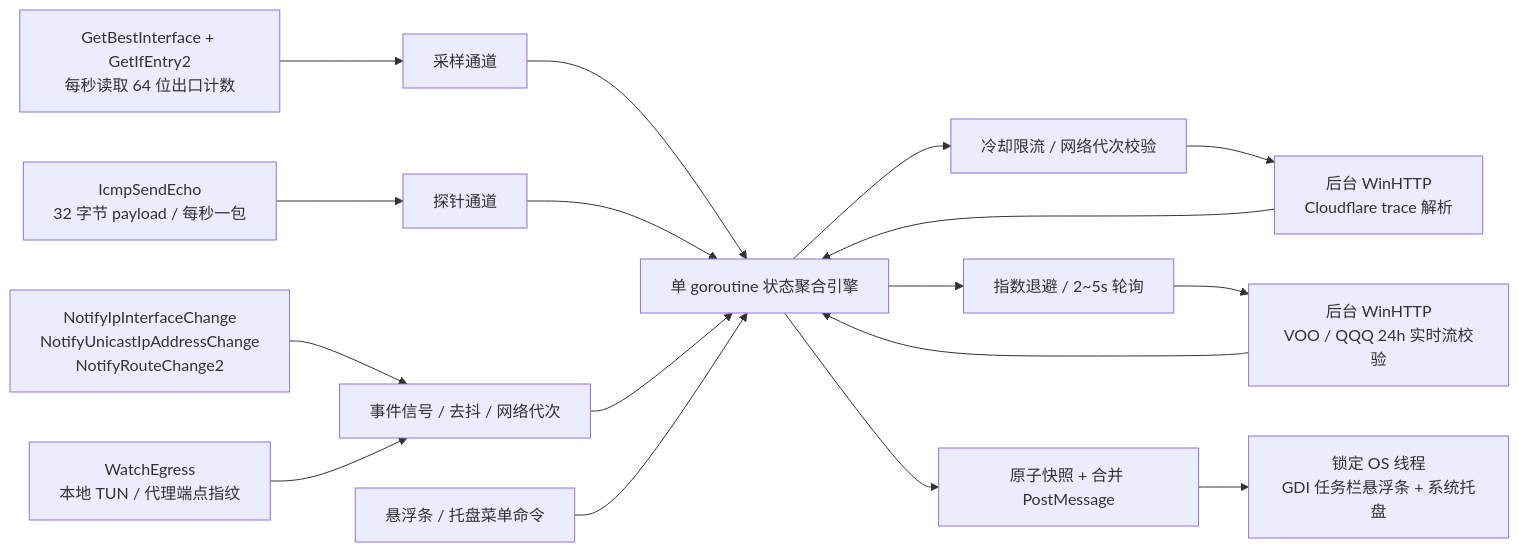
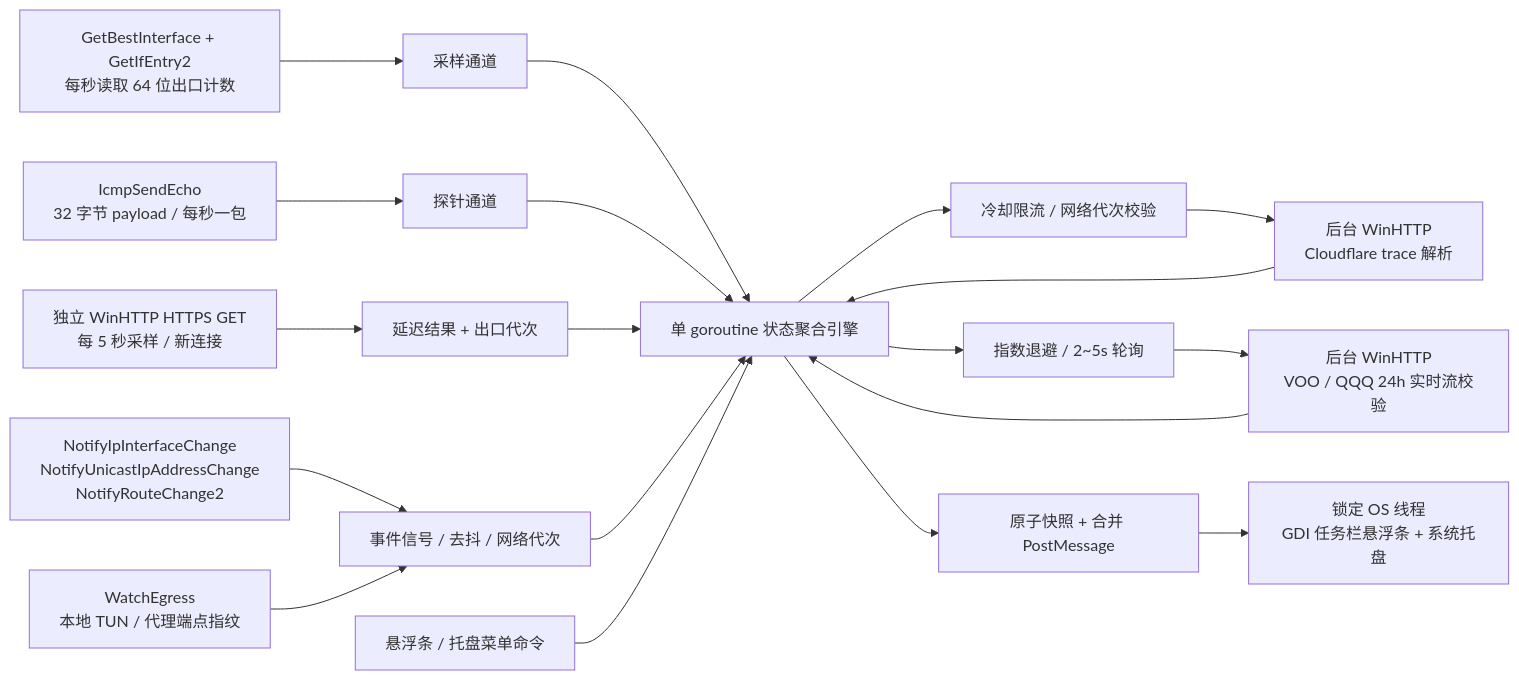
The diagram in docs/ARCHITECTURE.md (hrthas-king/PulseBar), drawn with Mermaid before and after one commit. The commit also changed other lines of this file and 13 other files, not shown here.

First line of the commit message:
fix(network): measure HTTPS latency independently of TUN heartbeats

````diff
--- a/docs/ARCHITECTURE.md
+++ b/docs/ARCHITECTURE.md
@@ -3,19 +3,21 @@
 ```mermaid
 flowchart LR
     NIC["GetBestInterface + GetIfEntry2\n每秒读取 64 位出口计数"] --> Samples["采样通道"]
     ICMP["IcmpSendEcho\n32 字节 payload / 每秒一包"] --> Probes["探针通道"]
+    HTTPS["独立 WinHTTP HTTPS GET\n每 5 秒采样 / 新连接"] --> Latency["延迟结果 + 出口代次"]
     Events["NotifyIpInterfaceChange\nNotifyUnicastIpAddressChange\nNotifyRouteChange2"] --> Debounce["事件信号 / 去抖 / 网络代次"]
     Egress["WatchEgress\n本地 TUN / 代理端点指纹"] --> Debounce
     Samples --> Engine["单 goroutine 状态聚合引擎"]
     Probes --> Engine
+    Latency --> Engine
     Debounce --> Engine
     Menu["悬浮条 / 托盘菜单命令"] --> Engine
     Engine --> GeoGate["冷却限流 / 网络代次校验"]
     GeoGate --> Geo["后台 WinHTTP\nCloudflare trace 解析"]
     Geo --> Engine
     Engine --> QuoteGate["指数退避 / 2~5s 轮询"]
     QuoteGate --> Quotes["后台 WinHTTP\nVOO / QQQ 24h 实时流校验"]
     Quotes --> Engine
     Engine --> Mailbox["原子快照 + 合并 PostMessage"]
     Mailbox --> UI["锁定 OS 线程\nGDI 任务栏悬浮条 + 系统托盘"]
 ```
````
